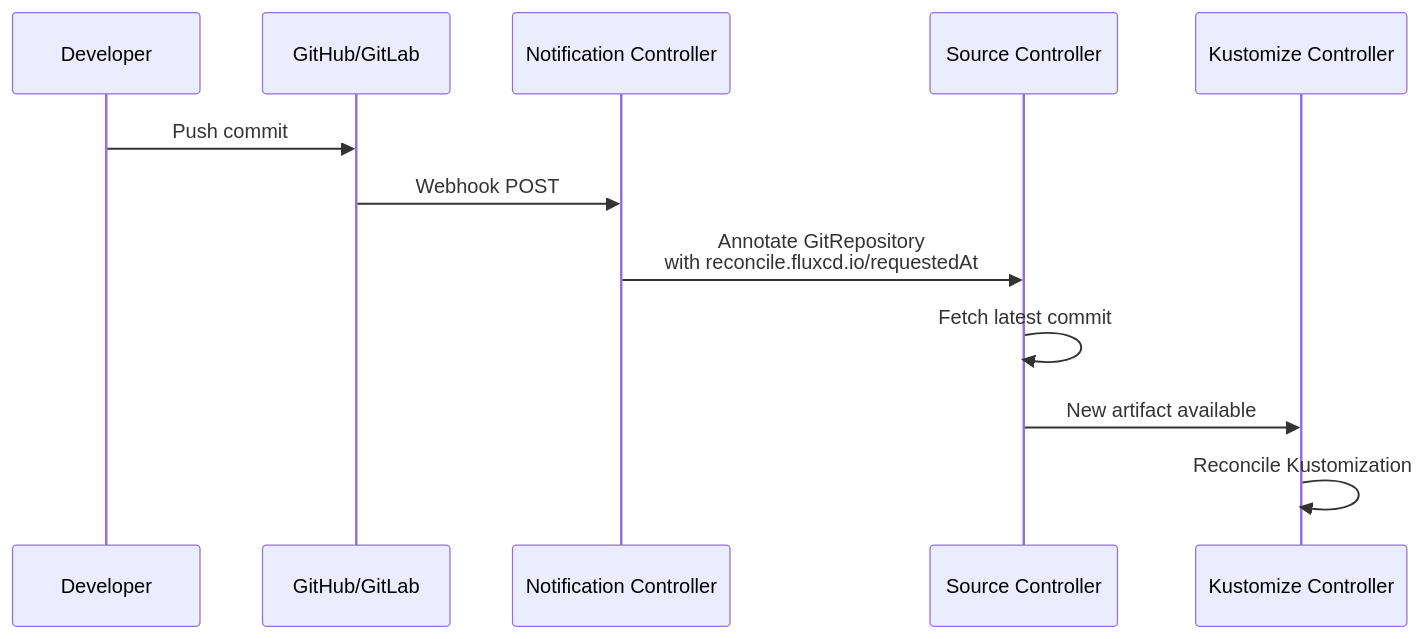
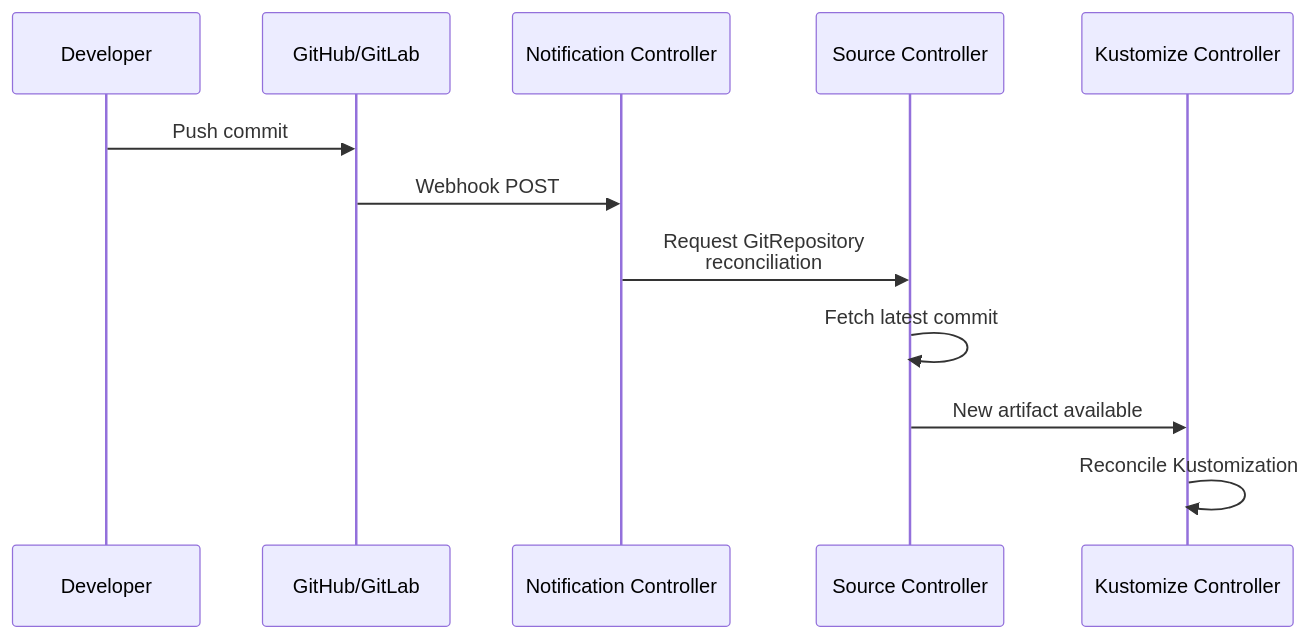
The second of 3 diagrams in posts/2026-03-05-flux-cd-event-driven-reconciliation/README.md (OneUptime/blog), drawn with Mermaid before and after one commit. The commit also changed other lines of this file and 2 other files, not shown here.

Commit message:
validate: 2026-03-05-flux-cd-event-driven-reconciliation

````diff
--- a/posts/2026-03-05-flux-cd-event-driven-reconciliation/README.md
+++ b/posts/2026-03-05-flux-cd-event-driven-reconciliation/README.md
@@ -39,15 +39,15 @@
 ```mermaid
 sequenceDiagram
     participant Dev as Developer
     participant Git as GitHub/GitLab
     participant NC as Notification Controller
     participant SC as Source Controller
     participant KC as Kustomize Controller
 
     Dev->>Git: Push commit
     Git->>NC: Webhook POST
-    NC->>SC: Annotate GitRepository<br/>with reconcile.fluxcd.io/requestedAt
+    NC->>SC: Request GitRepository<br/>reconciliation
     SC->>SC: Fetch latest commit
     SC->>KC: New artifact available
     KC->>KC: Reconcile Kustomization
 ```
````
